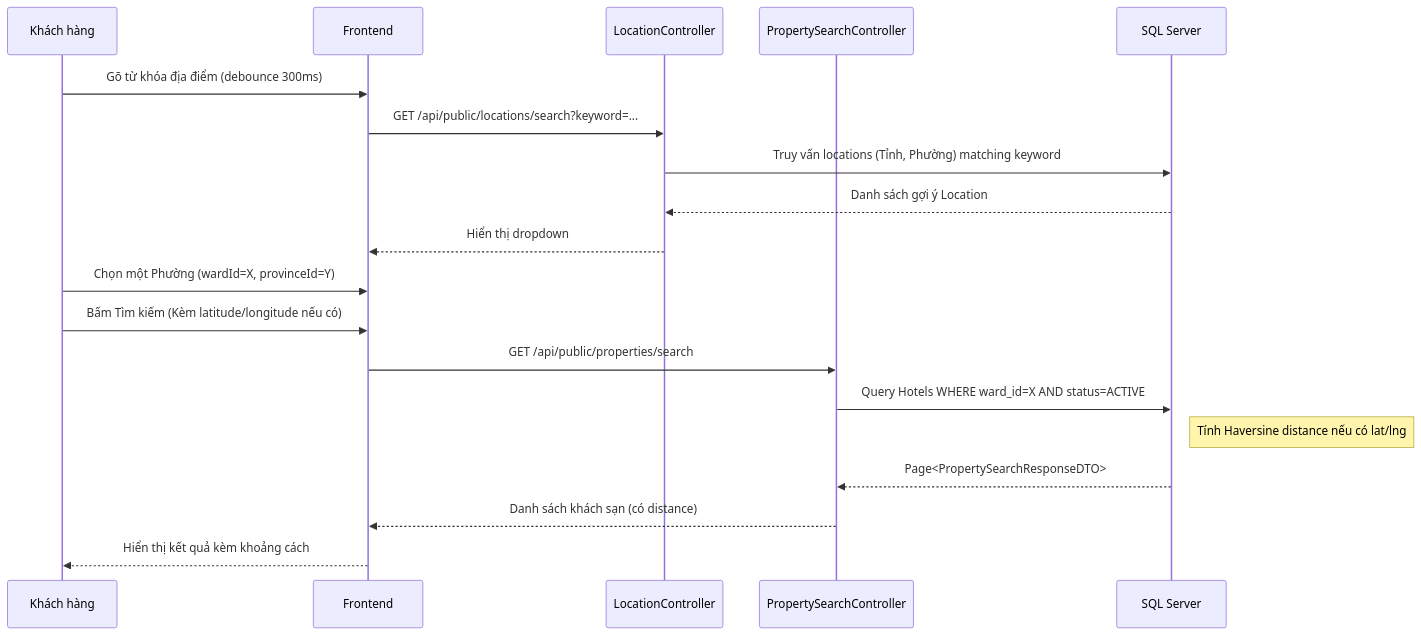
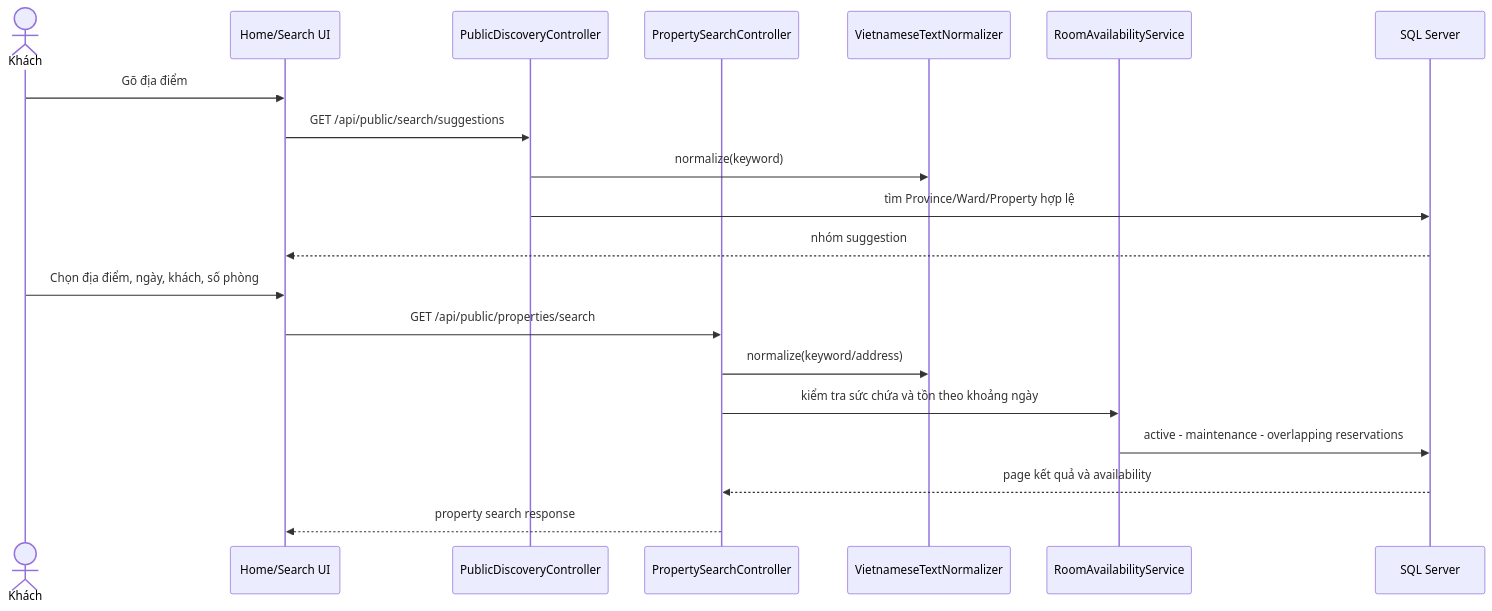
Before and after one commit to GinNgo/He-thong-quan-ly-khach-san: the ninth of 22 diagrams in docs/UML.md, drawn with Mermaid. The commit also changed other lines of this file and 335 other files, not shown here.

Commit message:
docs: update documentation, architecture reports and specs

````diff
--- a/docs/UML.md
+++ b/docs/UML.md
@@ -326,22 +451,23 @@
 ```mermaid
 sequenceDiagram
-    participant Guest as Khách hàng
-    participant UI as Frontend
-    participant LocCtrl as LocationController
-    participant Svc as PropertySearchController
+    actor Guest as Khách
+    participant UI as Home/Search UI
+    participant Discovery as PublicDiscoveryController
+    participant Search as PropertySearchController
+    participant Normalize as VietnameseTextNormalizer
+    participant Inventory as RoomAvailabilityService
     participant DB as SQL Server
-    
-    Guest->>UI: Gõ từ khóa địa điểm (debounce 300ms)
-    UI->>LocCtrl: GET /api/public/locations/search?keyword=...
-    LocCtrl->>DB: Truy vấn locations (Tỉnh, Phường) matching keyword
-    DB-->>LocCtrl: Danh sách gợi ý Location
-    LocCtrl-->>UI: Hiển thị dropdown
-    Guest->>UI: Chọn một Phường (wardId=X, provinceId=Y)
-    Guest->>UI: Bấm Tìm kiếm (Kèm latitude/longitude nếu có)
-    UI->>Svc: GET /api/public/properties/search
-    Svc->>DB: Query Hotels WHERE ward_id=X AND status=ACTIVE
-    Note right of DB: Tính Haversine distance nếu có lat/lng
-    DB-->>Svc: Page<PropertySearchResponseDTO>
-    Svc-->>UI: Danh sách khách sạn (có distance)
-    UI-->>Guest: Hiển thị kết quả kèm khoảng cách
+
+    Guest->>UI: Gõ địa điểm
+    UI->>Discovery: GET /api/public/search/suggestions
+    Discovery->>Normalize: normalize(keyword)
+    Discovery->>DB: tìm Province/Ward/Property hợp lệ
+    DB-->>UI: nhóm suggestion
+    Guest->>UI: Chọn địa điểm, ngày, khách, số phòng
+    UI->>Search: GET /api/public/properties/search
+    Search->>Normalize: normalize(keyword/address)
+    Search->>Inventory: kiểm tra sức chứa và tồn theo khoảng ngày
+    Inventory->>DB: active - maintenance - overlapping reservations
+    DB-->>Search: page kết quả và availability
+    Search-->>UI: property search response
 ```
````
